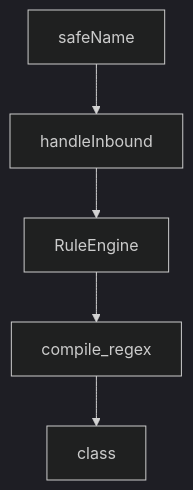
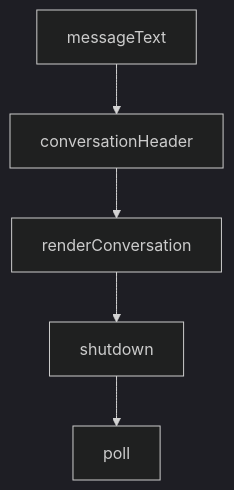
Before and after one commit to johnxie/awesome-code-docs: the diagram in tutorials/claude-plugins-official-tutorial/07-submission-and-contribution-workflow.md, drawn with Mermaid (dark theme). The commit also changed other lines of this file and 1232 other files, not shown here.

````diff
--- a/tutorials/claude-plugins-official-tutorial/07-submission-and-contribution-workflow.md
+++ b/tutorials/claude-plugins-official-tutorial/07-submission-and-contribution-workflow.md
@@ -218,12 +216,12 @@
 ```mermaid
 flowchart TD
-    A[safeName]
-    B[handleInbound]
-    C[RuleEngine]
-    D[compile_regex]
-    E[class]
+    A[messageText]
+    B[conversationHeader]
+    C[renderConversation]
+    D[shutdown]
+    E[poll]
     A --> B
     B --> C
     C --> D
     D --> E
 ```
````
